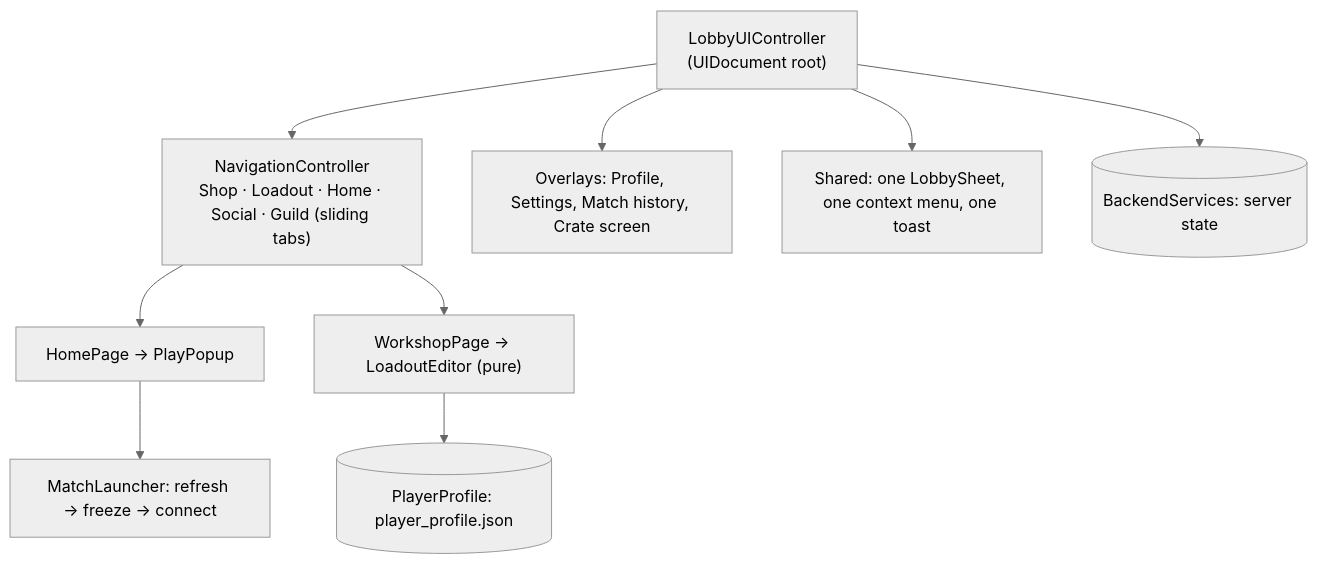
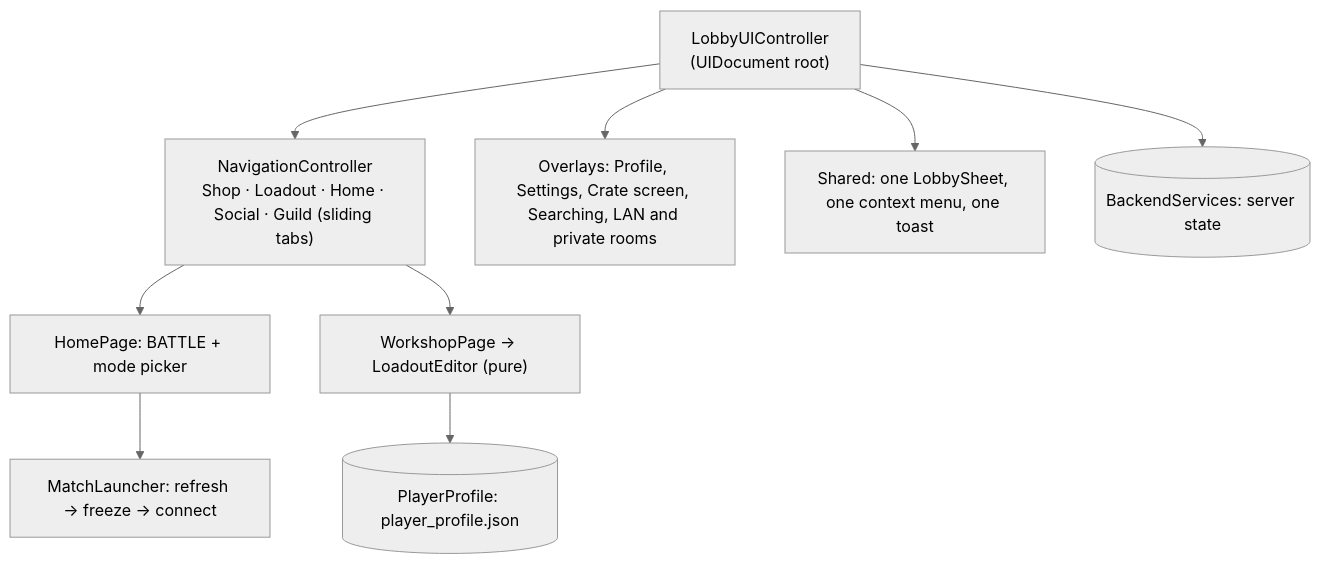
The diagram in notes/1 Systems/Lobby UI.md (owen-donohoe/NodeGame), drawn with Mermaid (neutral theme) before and after one commit. The commit also changed other lines of this file and 33 other files, not shown here.

````diff
--- a/notes/1 Systems/Lobby UI.md
+++ b/notes/1 Systems/Lobby UI.md
@@ -37,11 +37,11 @@
 ```mermaid
 flowchart TB
     LUC["LobbyUIController<br/>(UIDocument root)"] --> NAV["NavigationController<br/>Shop · Loadout · Home · Social · Guild (sliding tabs)"]
-    LUC --> OV["Overlays: Profile, Settings, Match history, Crate screen"]
+    LUC --> OV["Overlays: Profile, Settings, Crate screen, Searching, LAN and private rooms"]
     LUC --> SH["Shared: one LobbySheet, one context menu, one toast"]
-    NAV --> HOME[HomePage → PlayPopup]
+    NAV --> HOME[HomePage: BATTLE + mode picker]
     NAV --> WS["WorkshopPage → LoadoutEditor (pure)"]
     HOME --> ML["MatchLauncher: refresh → freeze → connect"]
     WS --> PP[(PlayerProfile: player_profile.json)]
     LUC --> BS[(BackendServices: server state)]
 ```
````
